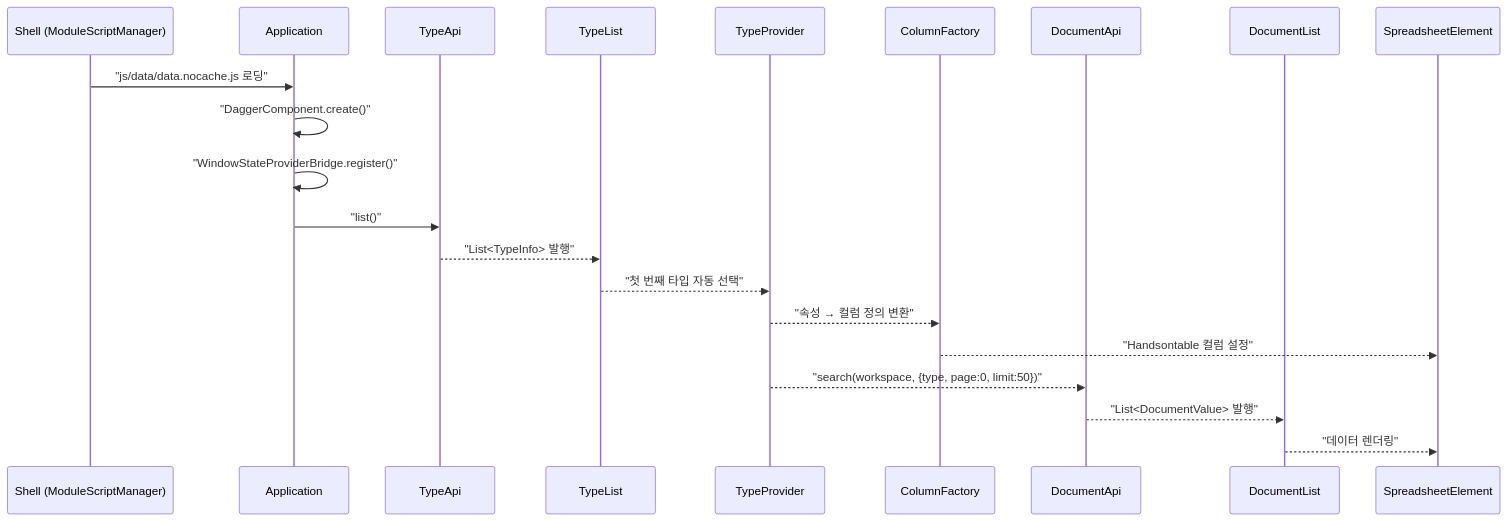
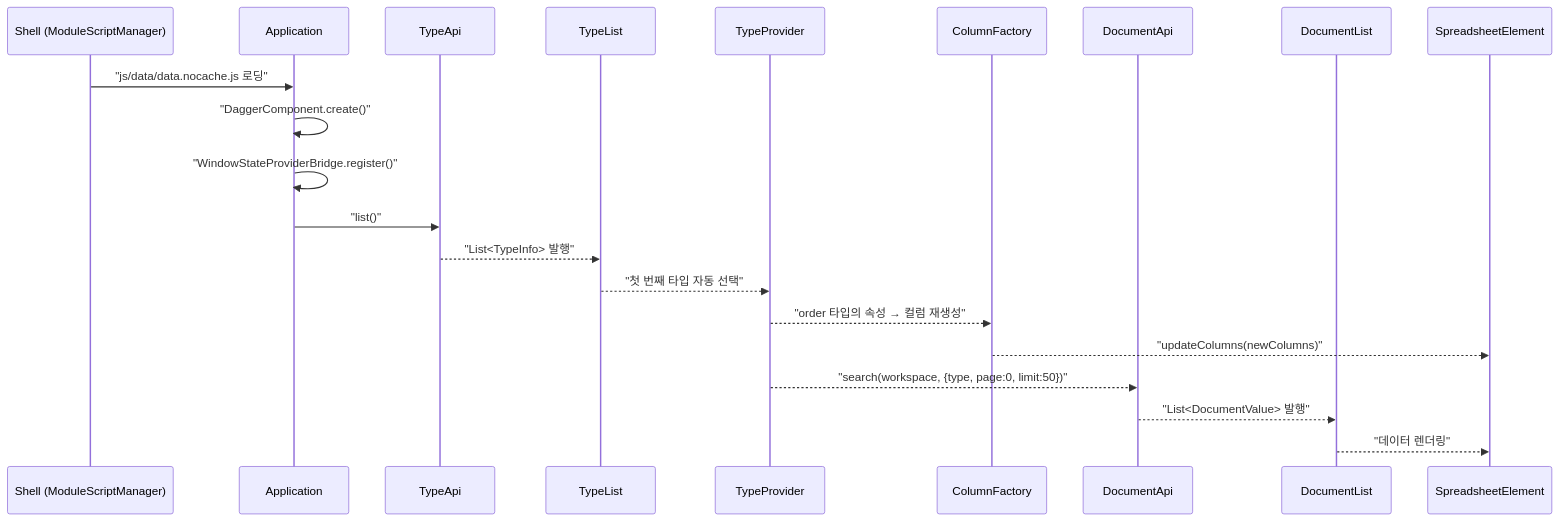
Before and after one commit to sayaya1090/handbook: the first of 5 diagrams in document-ui/USECASE.md, drawn with Mermaid. The commit also changed other lines of this file and 10 other files, not shown here.

````diff
--- a/document-ui/USECASE.md
+++ b/document-ui/USECASE.md
@@ -5,24 +5,24 @@
 ```mermaid
 sequenceDiagram
     participant Shell as Shell (ModuleScriptManager)
     participant App as Application
     participant TA as TypeApi
     participant TL as TypeList
     participant TP as TypeProvider
     participant CF as ColumnFactory
     participant DA as DocumentApi
     participant DL as DocumentList
     participant Sheet as SpreadsheetElement
 
     Shell->>App: "js/data/data.nocache.js 로딩"
     App->>App: "DaggerComponent.create()"
     App->>App: "WindowStateProviderBridge.register()"
     App->>TA: "list()"
     TA-->>TL: "List<TypeInfo> 발행"
     TL-->>TP: "첫 번째 타입 자동 선택"
-    TP-->>CF: "속성 → 컬럼 정의 변환"
-    CF-->>Sheet: "Handsontable 컬럼 설정"
+    TP-->>CF: "order 타입의 속성 → 컬럼 재생성"
+    CF-->>Sheet: "updateColumns(newColumns)"
     TP-->>DA: "search(workspace, {type, page:0, limit:50})"
     DA-->>DL: "List<DocumentValue> 발행"
     DL-->>Sheet: "데이터 렌더링"
 ```
````
